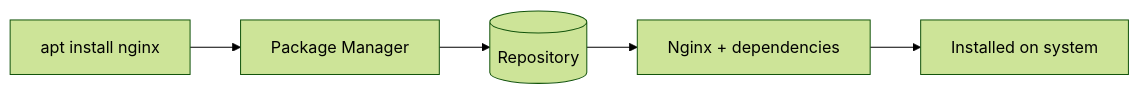
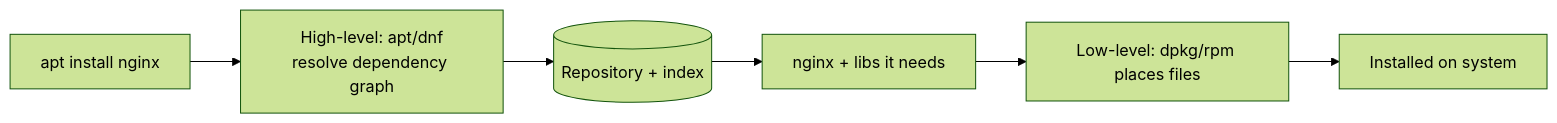
The diagram in 06-package-management/package-management-concept.md (cloud-prakhar/learning-linux), drawn with Mermaid (forest theme) before and after one commit. The commit also changed other lines of this file and 69 other files, not shown here.

````diff
--- a/06-package-management/package-management-concept.md
+++ b/06-package-management/package-management-concept.md
@@ -35,7 +42,8 @@
 ```mermaid
 flowchart LR
-    You[apt install nginx] --> PM[Package Manager]
-    PM --> Repo[(Repository)]
-    Repo --> Deps[Nginx + dependencies]
-    Deps --> Sys[Installed on system]
+    You[apt install nginx] --> PM[High-level: apt/dnf<br/>resolve dependency graph]
+    PM --> Repo[(Repository + index)]
+    Repo --> Deps[nginx + libs it needs]
+    Deps --> Low[Low-level: dpkg/rpm places files]
+    Low --> Sys[Installed on system]
 ```
````
